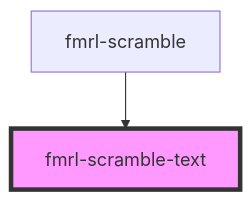
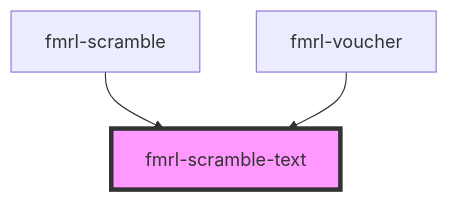
Before and after one commit to thekitchencoder/fmrl-components: the diagram in src/components/fmrl-scramble-text/readme.md, drawn with Mermaid. The commit also changed other lines of this file and 37 other files, not shown here.

````diff
--- a/src/components/fmrl-scramble-text/readme.md
+++ b/src/components/fmrl-scramble-text/readme.md
@@ -30,5 +32,6 @@
 ```mermaid
 graph TD;
   fmrl-scramble --> fmrl-scramble-text
+  fmrl-voucher --> fmrl-scramble-text
   style fmrl-scramble-text fill:#f9f,stroke:#333,stroke-width:4px
 ```
````
